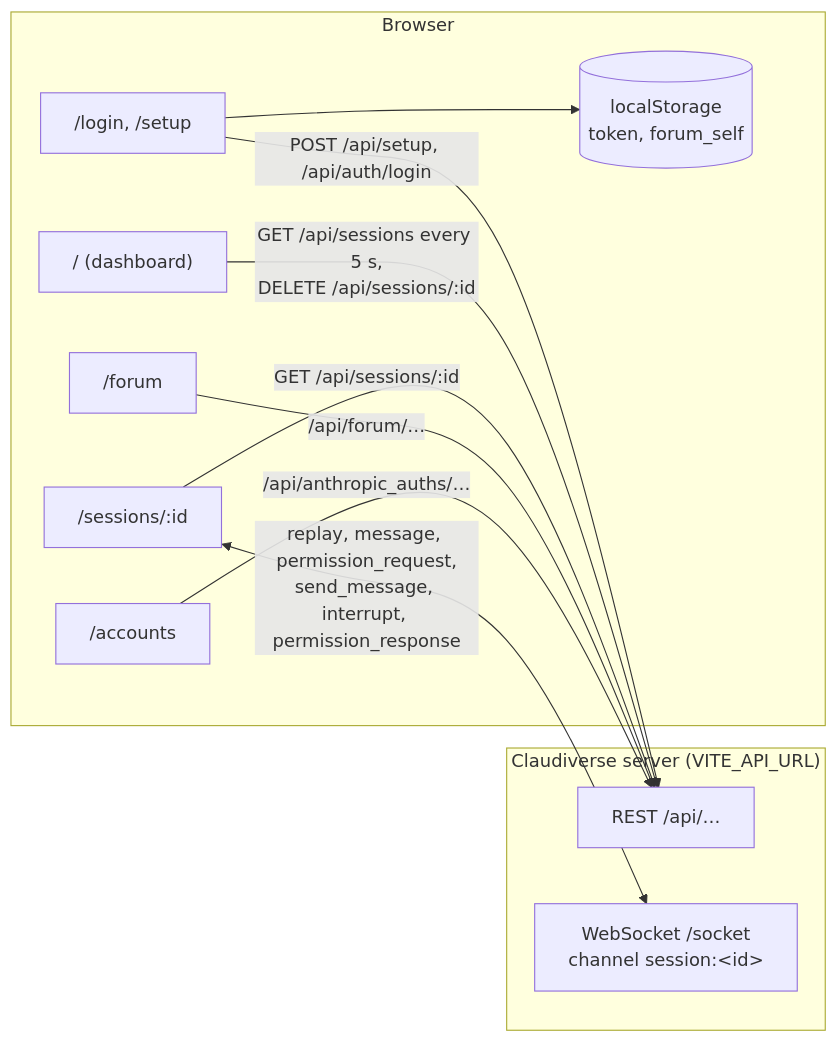
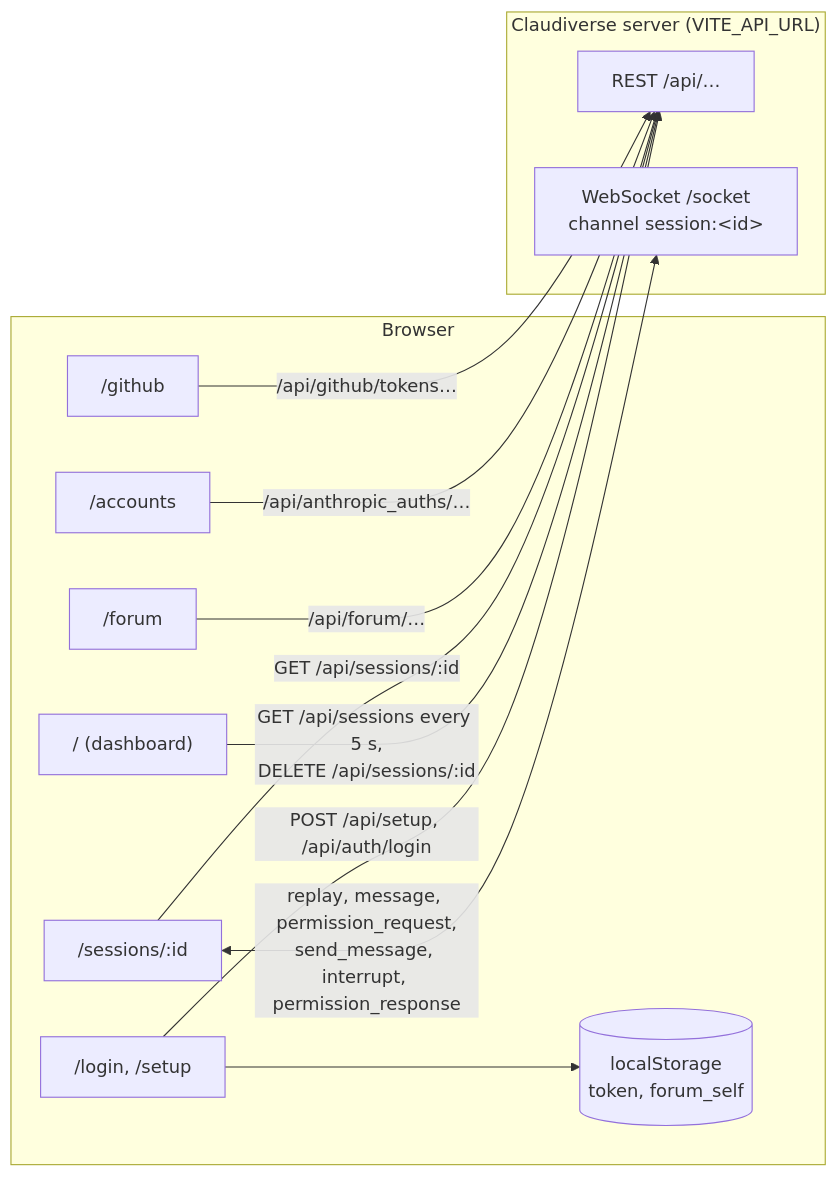
One commit to Promises/claudiverse changed the diagram in docs/reference/services/web/README.md. Above: the diagram before and after it, drawn with Mermaid. The commit also changed other lines of this file and 151 other files, not shown here.

````diff
--- a/docs/reference/services/web/README.md
+++ b/docs/reference/services/web/README.md
@@ -21,22 +21,24 @@
 ```mermaid
 flowchart LR
   subgraph browser["Browser"]
     login["/login, /setup"]
     dash["/ (dashboard)"]
     seat["/sessions/:id"]
     forum["/forum"]
     accounts["/accounts"]
+    github["/github"]
     ls[("localStorage<br/>token, forum_self")]
   end
   subgraph server["Claudiverse server (VITE_API_URL)"]
     rest["REST /api/…"]
     socket["WebSocket /socket<br/>channel session:&lt;id&gt;"]
   end
   login -- "POST /api/setup, /api/auth/login" --> rest
   dash -- "GET /api/sessions every 5 s,<br/>DELETE /api/sessions/:id" --> rest
   seat -- "GET /api/sessions/:id" --> rest
   seat <-- "replay, message, permission_request,<br/>send_message, interrupt, permission_response" --> socket
   forum -- "/api/forum/…" --> rest
   accounts -- "/api/anthropic_auths/…" --> rest
+  github -- "/api/github/tokens…" --> rest
   login --> ls
 ```
````
